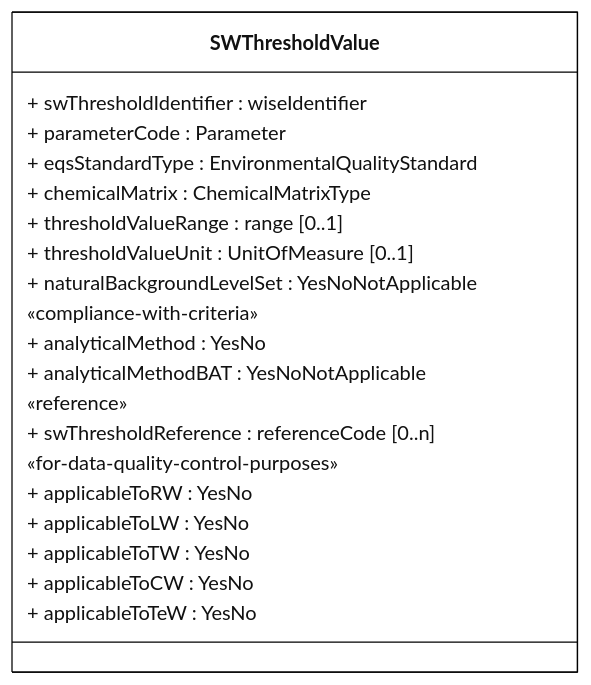
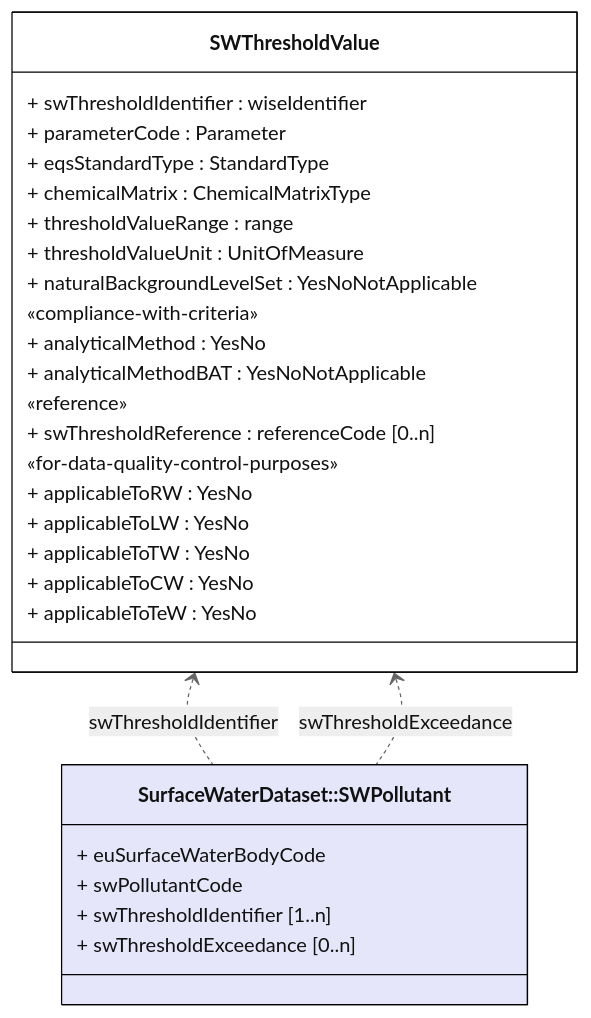
One commit to eeadata/WISE.WFD.Documentation changed the diagram in docs/DataModelReview/mmd/SurfaceWaterMethodologies_4thCycle_SWThresholdValue_ClassDiagram.mmd. Above: the diagram before and after it, drawn with Mermaid. The commit also changed 2 other files, not shown here.

Commit message:
Correcting the cardinalities associated with Threshold classes

```diff
--- a/docs/DataModelReview/mmd/SurfaceWaterMethodologies_4thCycle_SWThresholdValue_ClassDiagram.mmd
+++ b/docs/DataModelReview/mmd/SurfaceWaterMethodologies_4thCycle_SWThresholdValue_ClassDiagram.mmd
@@ -1,38 +1,48 @@
 ---
 config:
   class:
     hideEmptyMembersBox: true
   layout: dagre
   theme: neutral
 ---
 classDiagram
-direction LR
+direction TB
 
 class SWThresholdValue{
 + swThresholdIdentifier : wiseIdentifier
 + parameterCode : Parameter
-+ eqsStandardType : EnvironmentalQualityStandard
++ eqsStandardType : StandardType
 + chemicalMatrix : ChemicalMatrixType 
 
-+ thresholdValueRange : range [0..1]
-+ thresholdValueUnit : UnitOfMeasure [0..1]
++ thresholdValueRange : range
++ thresholdValueUnit : UnitOfMeasure
 + naturalBackgroundLevelSet : YesNoNotApplicable
 
 «compliance-with-criteria»
 + analyticalMethod : YesNo
 + analyticalMethodBAT : YesNoNotApplicable
 
 «reference»
 + swThresholdReference : referenceCode [0..n]
 
 «for-data-quality-control-purposes»
 + applicableToRW : YesNo
 + applicableToLW : YesNo
 + applicableToTW : YesNo
 + applicableToCW : YesNo
 + applicableToTeW : YesNo
 }
 
+class SWPollutant ["SurfaceWaterDataset::SWPollutant"]:::otherDataset{
+  + euSurfaceWaterBodyCode
+  + swPollutantCode
+  + swThresholdIdentifier [1..n]
+  + swThresholdExceedance [0..n]
+}
+
+SWThresholdValue <.. SWPollutant : swThresholdIdentifier
+SWThresholdValue <.. SWPollutant : swThresholdExceedance
+
 classDef default fill:white,stroke:#000;
 classDef forFixing fill:white,stroke:#f00;
-classDef partial fill:lightyellow,stroke:#000;
+classDef otherDataset fill:lavender,stroke:#000;
```
